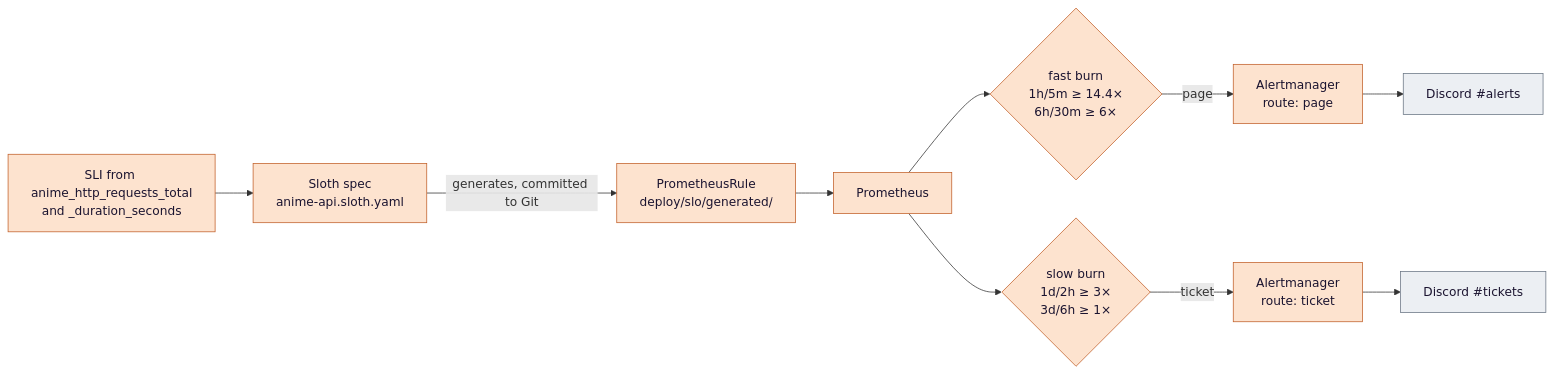
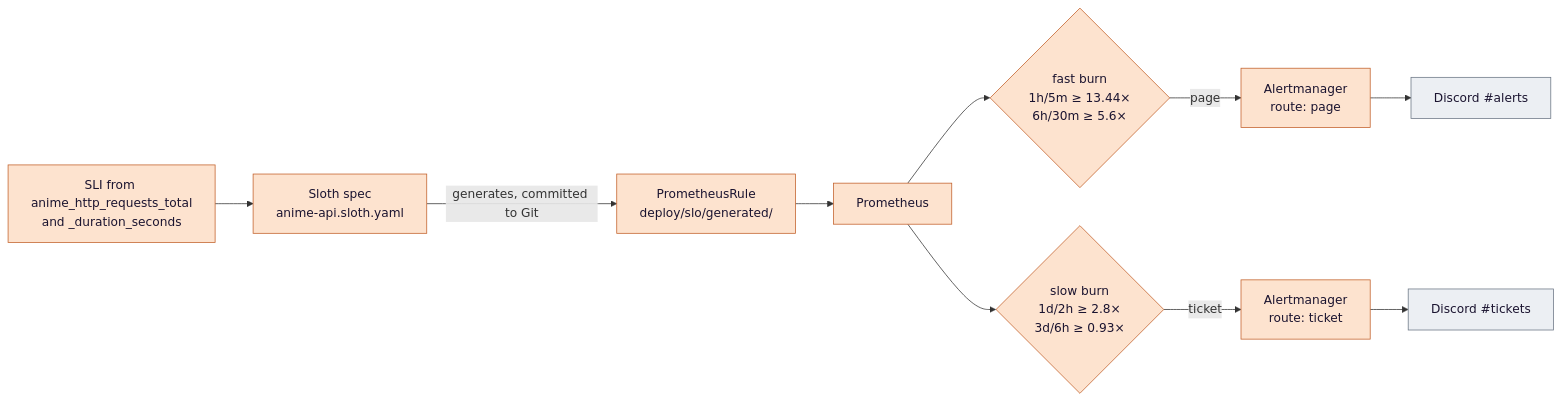
One commit to biabeogo147/Anime-Recommender changed the fourth of 8 diagrams in docs/eks-sre-llmops-design.md. Above: the diagram before and after it, drawn with Mermaid. The commit also changed other lines of this file and 17 other files, not shown here.

````diff
--- a/docs/eks-sre-llmops-design.md
+++ b/docs/eks-sre-llmops-design.md
@@ -427,17 +541,17 @@
 ```mermaid
 flowchart LR
     SLI["SLI from anime_http_requests_total<br/>and _duration_seconds"] --> SLOTH["Sloth spec<br/>anime-api.sloth.yaml"]
     SLOTH -->|"generates, committed to Git"| RULES["PrometheusRule<br/>deploy/slo/generated/"]
     RULES --> PROM["Prometheus"]
-    PROM --> FAST{"fast burn<br/>1h/5m ≥ 14.4×<br/>6h/30m ≥ 6×"}
-    PROM --> SLOW{"slow burn<br/>1d/2h ≥ 3×<br/>3d/6h ≥ 1×"}
+    PROM --> FAST{"fast burn<br/>1h/5m ≥ 13.44×<br/>6h/30m ≥ 5.6×"}
+    PROM --> SLOW{"slow burn<br/>1d/2h ≥ 2.8×<br/>3d/6h ≥ 0.93×"}
     FAST -->|"page"| AMP["Alertmanager<br/>route: page"]
     SLOW -->|"ticket"| AMT["Alertmanager<br/>route: ticket"]
     AMP --> DIS1["Discord #alerts"]
     AMT --> DIS2["Discord #tickets"]
 
     classDef argo fill:#fde3cf,stroke:#c2602a,color:#1b1430;
     classDef ext fill:#eceff3,stroke:#6b7684,color:#1b1430;
     class SLI,SLOTH,RULES,PROM,FAST,SLOW,AMP,AMT argo
     class DIS1,DIS2 ext
 ```
````
